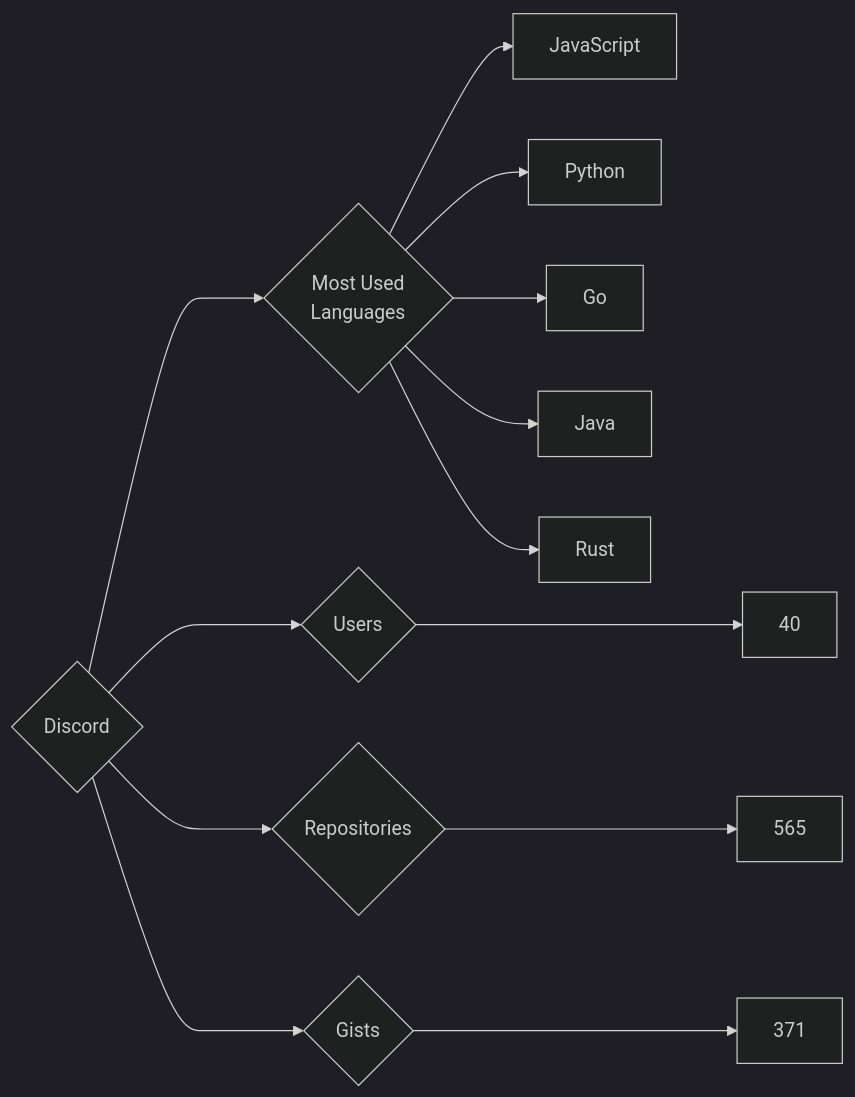
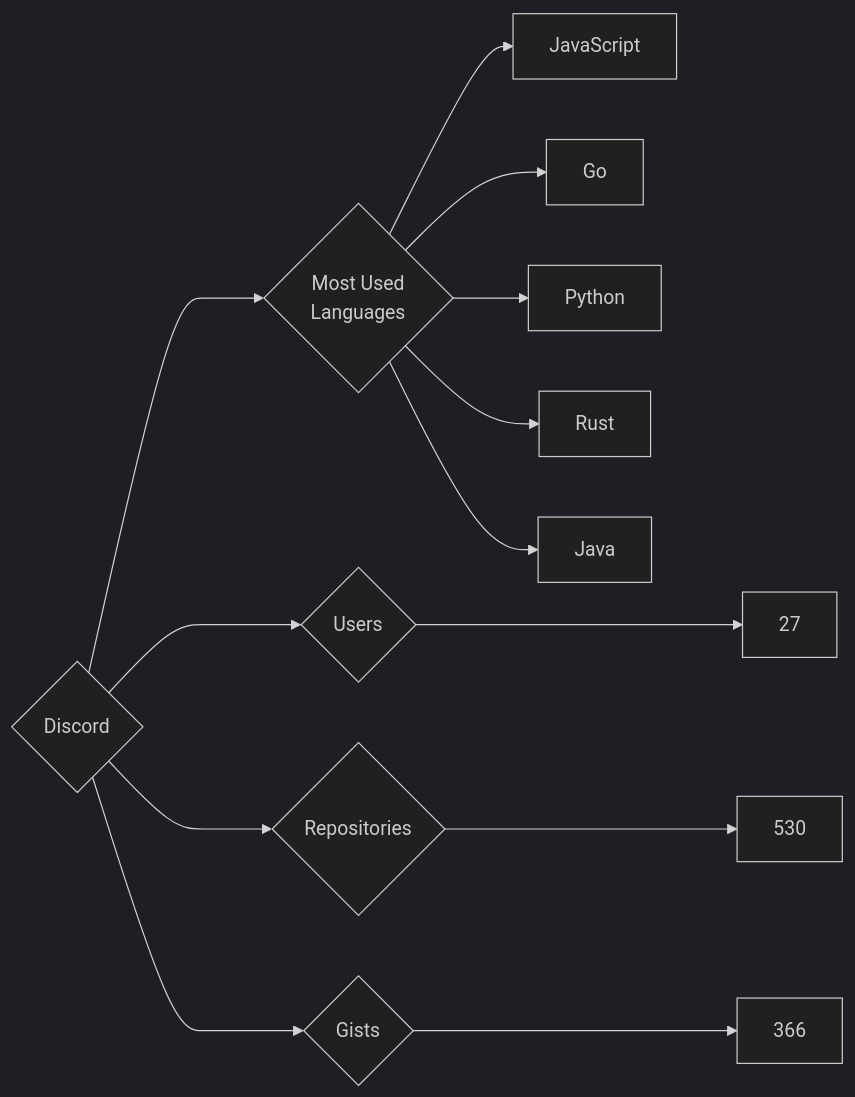
Before and after one commit to trickest/insiders: the diagram in targets/Discord/README.md, drawn with Mermaid (dark theme). The commit also changed 569 other files, not shown here.

````diff
--- a/targets/Discord/README.md
+++ b/targets/Discord/README.md
@@ -3,13 +3,13 @@
 ```mermaid
 graph LR
 COMPANY_NAME{Discord}
-COMPANY_NAME ---> U{Users} ---> UN[40]
-COMPANY_NAME ---> R{Repositories} ---> RN[565]
-COMPANY_NAME ---> G{Gists} ---> GN[371]
+COMPANY_NAME ---> U{Users} ---> UN[27]
+COMPANY_NAME ---> R{Repositories} ---> RN[530]
+COMPANY_NAME ---> G{Gists} ---> GN[366]
 COMPANY_NAME ---> ML{Most Used<br>Languages}
 ML --> JavaScript[JavaScript]
+ML --> Go[Go]
 ML --> Python[Python]
-ML --> Go[Go]
+ML --> Rust[Rust]
 ML --> Java[Java]
-ML --> Rust[Rust]
 ```
````
